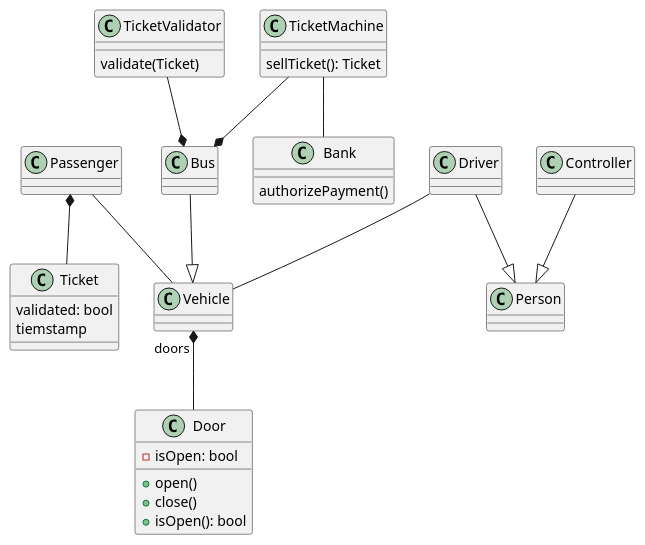
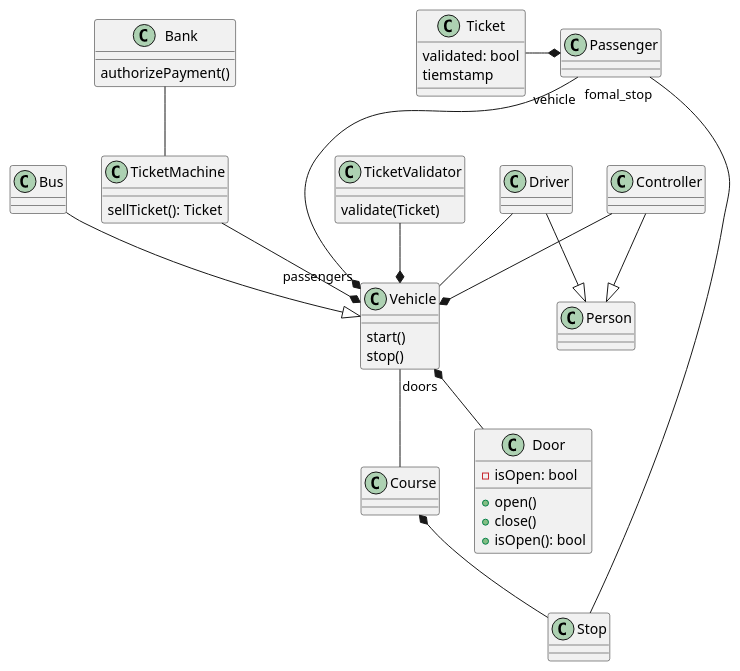
Before and after one commit to Yanes0202/ProgramowanieObiektowe: the diagram in 28.10.2023/MPKClassDiagram.plantuml, drawn with PlantUML. The commit also changed 3 other files, not shown here.

Commit message:
mpk diagram and shop

```diff
--- a/28.10.2023/MPKClassDiagram.plantuml
+++ b/28.10.2023/MPKClassDiagram.plantuml
@@ -1,42 +1,49 @@
 @startuml "Mpk Class Diagram"
 class Person
 class Driver
 class Controller
 class Passenger
 class Bank{
     authorizePayment()
 }
+class TicketValidator{
+    'validate(t:Ticket)
+    validate(Ticket)
+}
+class TicketMachine{
+    sellTicket(): Ticket
+}
 class Ticket{
     validated: bool
     tiemstamp
 }
-class TicketMachine{
-    sellTicket(): Ticket
-}
-class TicketValidator{
-    'validate(t:Ticket)
-    validate(Ticket)
-}
 class Vehicle{
     'doors: Door[]
-
+    start()
+    stop()
 }
 class Bus
 class Door{
     -isOpen: bool
     +open()
     +close()
     +isOpen(): bool
 }
+class Stop{}
+class Course {}
 
 Driver --|> Person
 Controller --|> Person
 Bus --|> Vehicle
 Vehicle "doors" *-- Door
-Driver -- Vehicle
-Passenger -- Vehicle
-Passenger *-- Ticket
-TicketMachine --* Bus
-TicketValidator --* Bus
-TicketMachine -- Bank 
+Driver -right- Vehicle
+Passenger "vehicle" -down--* "passengers" Vehicle
+Passenger *-left- Ticket
+TicketValidator --* Vehicle
+TicketMachine --* Vehicle
+TicketMachine -up- Bank
+Controller --* Vehicle
+Course *-- Stop
+Vehicle -- Course
+Passenger "fomal_stop" -- Stop
 @enduml
```
